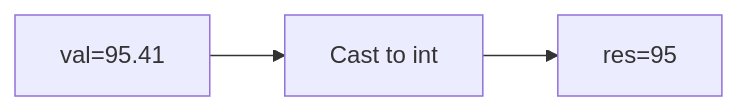
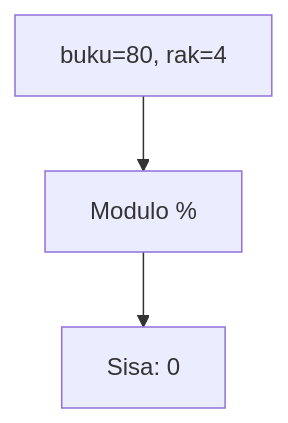
One commit to amnahwaida/OSNK_INF_PREP changed the seventh of 25 diagrams in part-c-pemahaman-cpp/01-tipe-data/latihan/set-01.md. Above: the diagram before and after it, drawn with Mermaid. The commit also changed other lines of this file and 71 other files, not shown here.

````diff
--- a/part-c-pemahaman-cpp/01-tipe-data/latihan/set-01.md
+++ b/part-c-pemahaman-cpp/01-tipe-data/latihan/set-01.md
@@ -185,5 +193,5 @@
 ```mermaid
-graph LR
-A["val=95.41"] --> B["Cast to int"]
-B --> C["res=95"]
+graph TD
+A["buku=80, rak=4"] --> B["Modulo %"]
+B --> C["Sisa: 0"]
 ```
````
